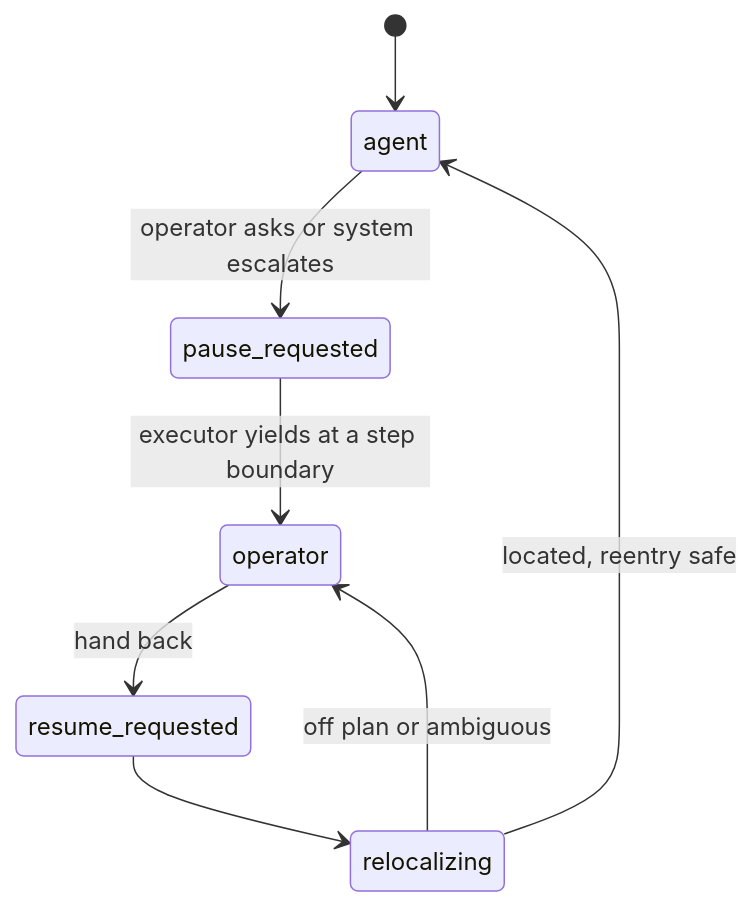
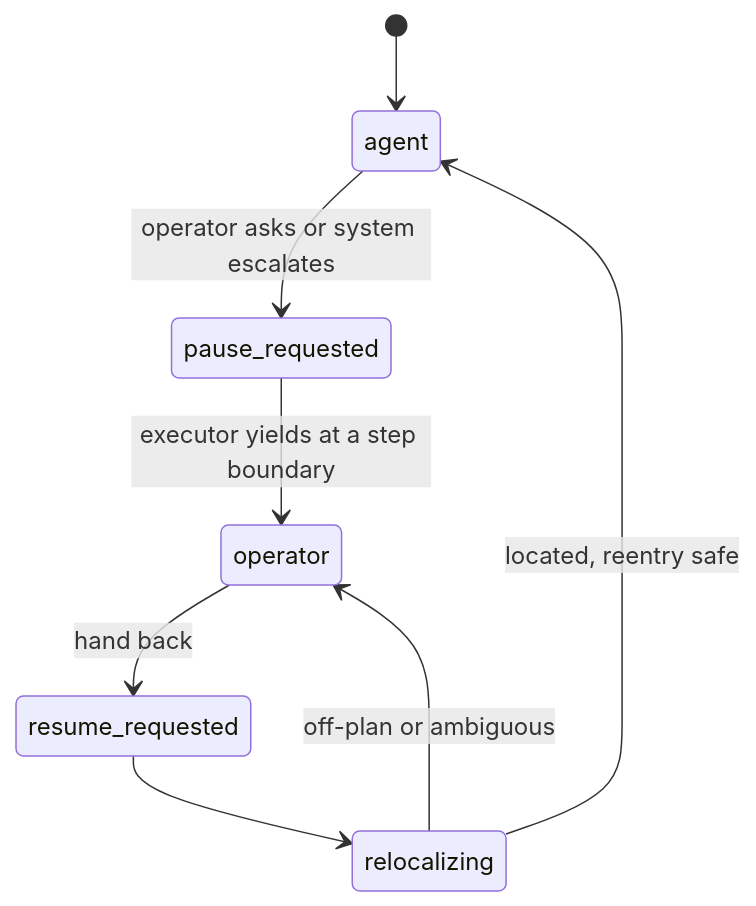
The third of 4 diagrams in REPORT.md (tanay1018/compugent), drawn with Mermaid before and after one commit. The commit also changed other lines of this file and 10 other files, not shown here.

````diff
--- a/REPORT.md
+++ b/REPORT.md
@@ -345,10 +345,10 @@
 ```mermaid
 stateDiagram-v2
   [*] --> agent
   agent --> pause_requested : operator asks or system escalates
   pause_requested --> operator : executor yields at a step boundary
   operator --> resume_requested : hand back
   resume_requested --> relocalizing
   relocalizing --> agent : located, reentry safe
-  relocalizing --> operator : off plan or ambiguous
+  relocalizing --> operator : off-plan or ambiguous
 ```
````
